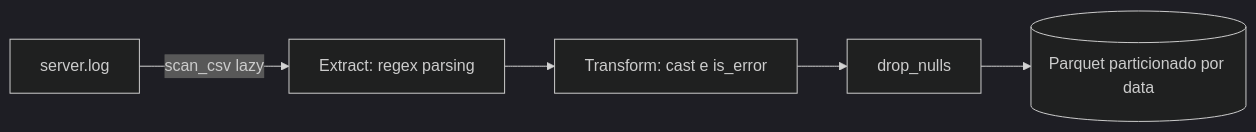
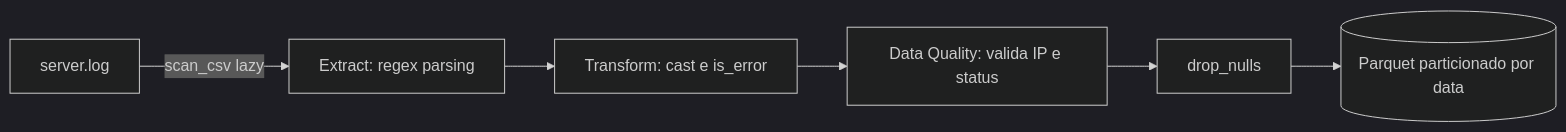
Before and after one commit to gadelha-allan/log-analytics-engine: the diagram in README.md, drawn with Mermaid (dark theme). The commit also changed other lines of this file, not shown here.

Commit message:
docs: atualiza arquitetura com etapa de data quality e adiciona instrucoes de teste

````diff
--- a/README.md
+++ b/README.md
@@ -39,7 +39,8 @@
 ```mermaid
 flowchart LR
     A[server.log] -->|scan_csv lazy| B[Extract: regex parsing]
     B --> C[Transform: cast e is_error]
-    C --> D[drop_nulls]
-    D --> E[(Parquet particionado por data)]
+    C --> D[Data Quality: valida IP e status]
+    D --> E[drop_nulls]
+    E --> F[(Parquet particionado por data)]
 ```
````
